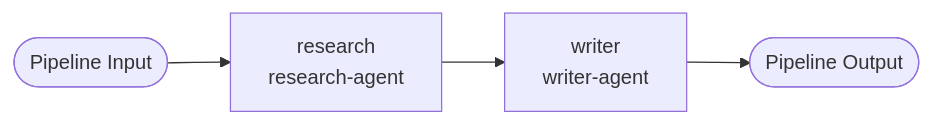
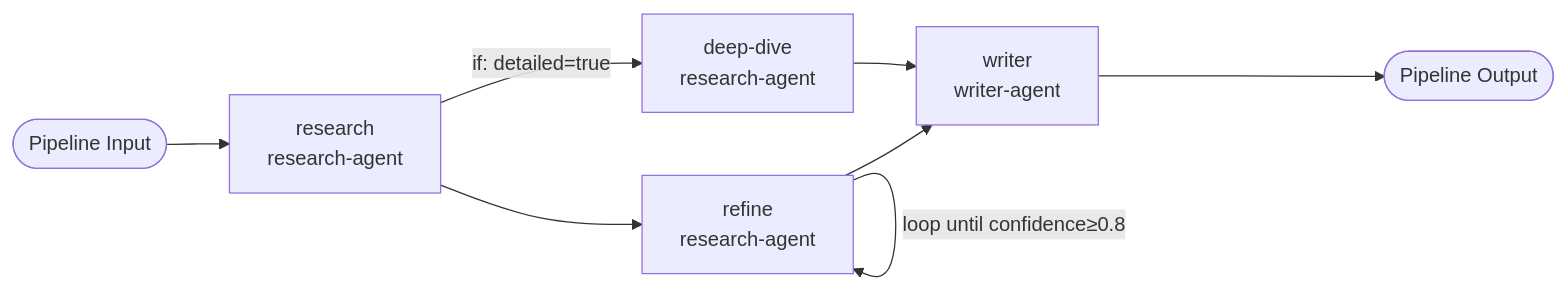
Before and after one commit to arkonis-dev/arkonis-dev.github.io: the diagram in docs/crds/agent-pipeline.md, drawn with Mermaid. The commit also changed other lines of this file and 9 other files, not shown here.

````diff
--- a/docs/crds/agent-pipeline.md
+++ b/docs/crds/agent-pipeline.md
@@ -42,6 +66,10 @@
 ```mermaid
 graph LR
     input([Pipeline Input]) --> research[research\nresearch-agent]
-    research --> writer[writer\nwriter-agent]
+    research -- "if: detailed=true" --> deep-dive[deep-dive\nresearch-agent]
+    research --> refine[refine\nresearch-agent]
+    refine -- "loop until confidence≥0.8" --> refine
+    deep-dive --> writer[writer\nwriter-agent]
+    refine --> writer
     writer --> output([Pipeline Output])
 ```
````
